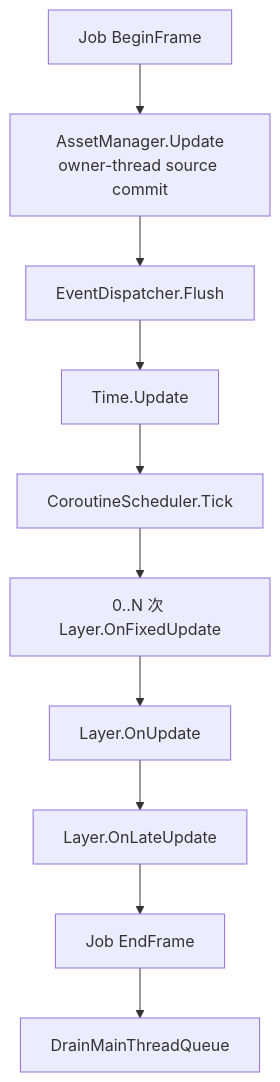
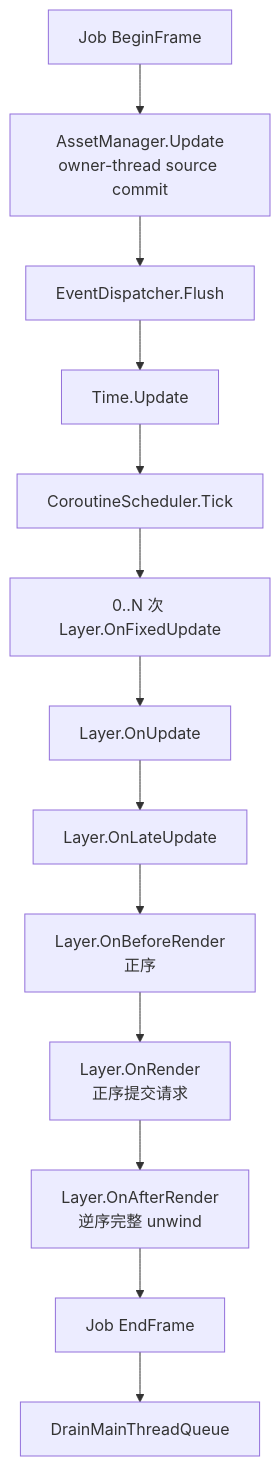
One commit to FLwolfy/InnoEngine changed the diagram in docs/core/Inno.Core.Framework.md. Above: the diagram before and after it, drawn with Mermaid. The commit also changed other lines of this file and 185 other files, not shown here.

Commit message:
Support Very basic rendering architecture

````diff
--- a/docs/core/Inno.Core.Framework.md
+++ b/docs/core/Inno.Core.Framework.md
@@ -61,12 +61,15 @@
 ```mermaid
 flowchart TD
     A["Job BeginFrame"] --> B["AssetManager.Update<br/>owner-thread source commit"]
     B --> C["EventDispatcher.Flush"]
     C --> D["Time.Update"]
     D --> E["CoroutineScheduler.Tick"]
     E --> F["0..N 次 Layer.OnFixedUpdate"]
     F --> G["Layer.OnUpdate"]
     G --> H["Layer.OnLateUpdate"]
-    H --> I["Job EndFrame"]
+    H --> R1["Layer.OnBeforeRender<br/>正序"]
+    R1 --> R2["Layer.OnRender<br/>正序提交请求"]
+    R2 --> R3["Layer.OnAfterRender<br/>逆序完整 unwind"]
+    R3 --> I["Job EndFrame"]
     I --> J["DrainMainThreadQueue"]
 ```
````
